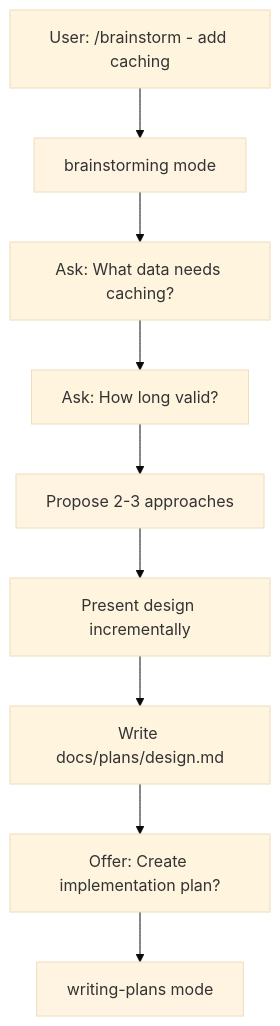
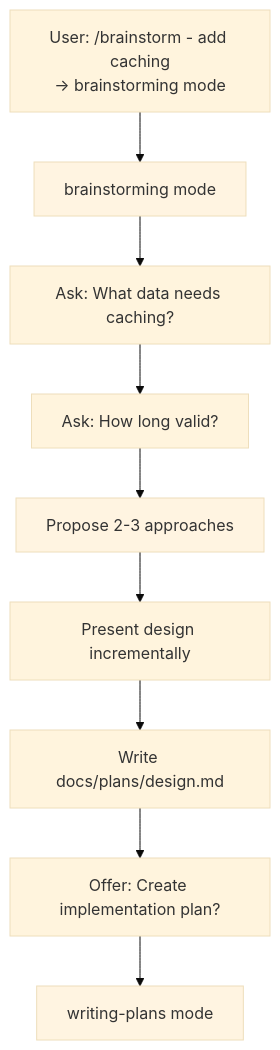
The fourth of 4 diagrams in docs/ARCHITECTURE.md (Benny-Lewis/super-roo), drawn with Mermaid (base theme) before and after one commit. The commit also changed other lines of this file, not shown here.

First line of the commit message:
Clarify initial mode routing in workflow diagrams

````diff
--- a/docs/ARCHITECTURE.md
+++ b/docs/ARCHITECTURE.md
@@ -429,15 +429,15 @@
 ```mermaid
 graph TD
-    Start[User: /brainstorm - add caching] --> Brain[brainstorming mode]
+    Start[User: /brainstorm - add caching<br/>→ brainstorming mode] --> Brain[brainstorming mode]
     Brain --> Q1[Ask: What data needs caching?]
     Q1 --> Q2[Ask: How long valid?]
     Q2 --> Options[Propose 2-3 approaches]
     Options --> Present[Present design incrementally]
     Present --> Doc[Write docs/plans/design.md]
     Doc --> Offer[Offer: Create implementation plan?]
     Offer --> Plan[writing-plans mode]
 
     style Brain fill:#fff4e1
     style Options fill:#fff4e1
     style Plan fill:#fff4e1
 ```
````
